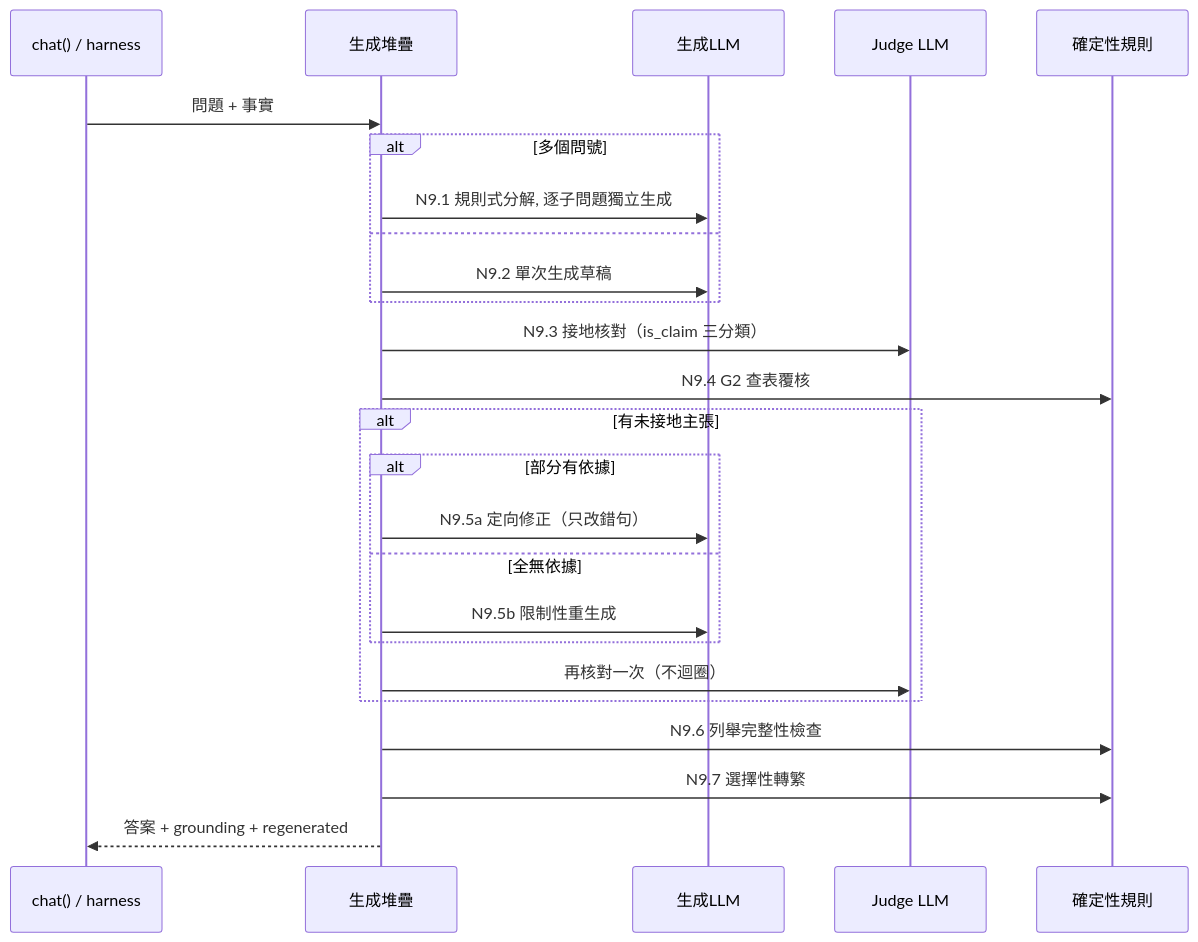
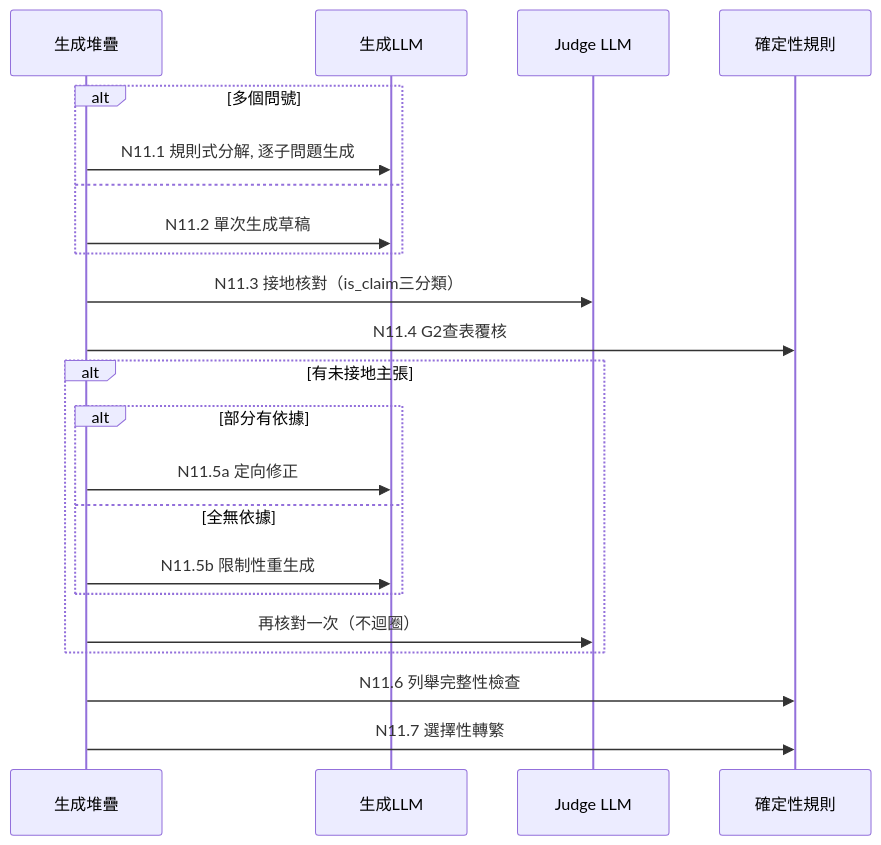
Diagram 11 of 12 in docs/報告/95_專案節點流程總覽與設計說明.md (Chester930/world-knowledge-graph-rag), drawn with Mermaid before and after one commit. The commit also changed other lines of this file and 1 other file, not shown here.

````diff
--- a/docs/報告/95_專案節點流程總覽與設計說明.md
+++ b/docs/報告/95_專案節點流程總覽與設計說明.md
@@ -339,27 +419,24 @@
 ```mermaid
 sequenceDiagram
-    participant C as chat() / harness
     participant G as 生成堆疊
     participant L as 生成LLM
     participant J as Judge LLM
     participant D as 確定性規則
-    C->>G: 問題 + 事實
     alt 多個問號
-        G->>L: N9.1 規則式分解, 逐子問題獨立生成
+        G->>L: N11.1 規則式分解, 逐子問題生成
     else
-        G->>L: N9.2 單次生成草稿
+        G->>L: N11.2 單次生成草稿
     end
-    G->>J: N9.3 接地核對（is_claim 三分類）
-    G->>D: N9.4 G2 查表覆核
+    G->>J: N11.3 接地核對（is_claim三分類）
+    G->>D: N11.4 G2查表覆核
     alt 有未接地主張
         alt 部分有依據
-            G->>L: N9.5a 定向修正（只改錯句）
+            G->>L: N11.5a 定向修正
         else 全無依據
-            G->>L: N9.5b 限制性重生成
+            G->>L: N11.5b 限制性重生成
         end
         G->>J: 再核對一次（不迴圈）
     end
-    G->>D: N9.6 列舉完整性檢查
-    G->>D: N9.7 選擇性轉繁
-    G-->>C: 答案 + grounding + regenerated
+    G->>D: N11.6 列舉完整性檢查
+    G->>D: N11.7 選擇性轉繁
 ```
````
